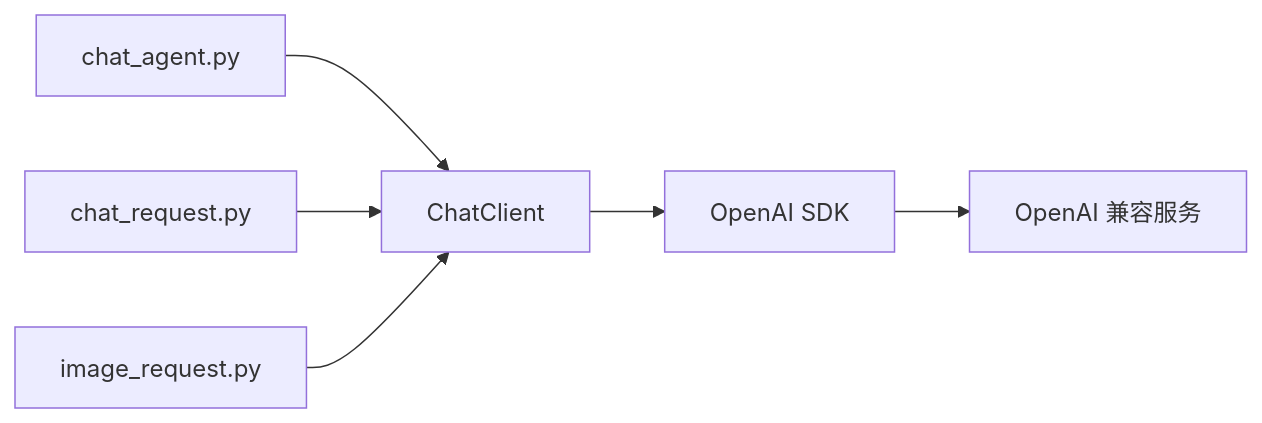
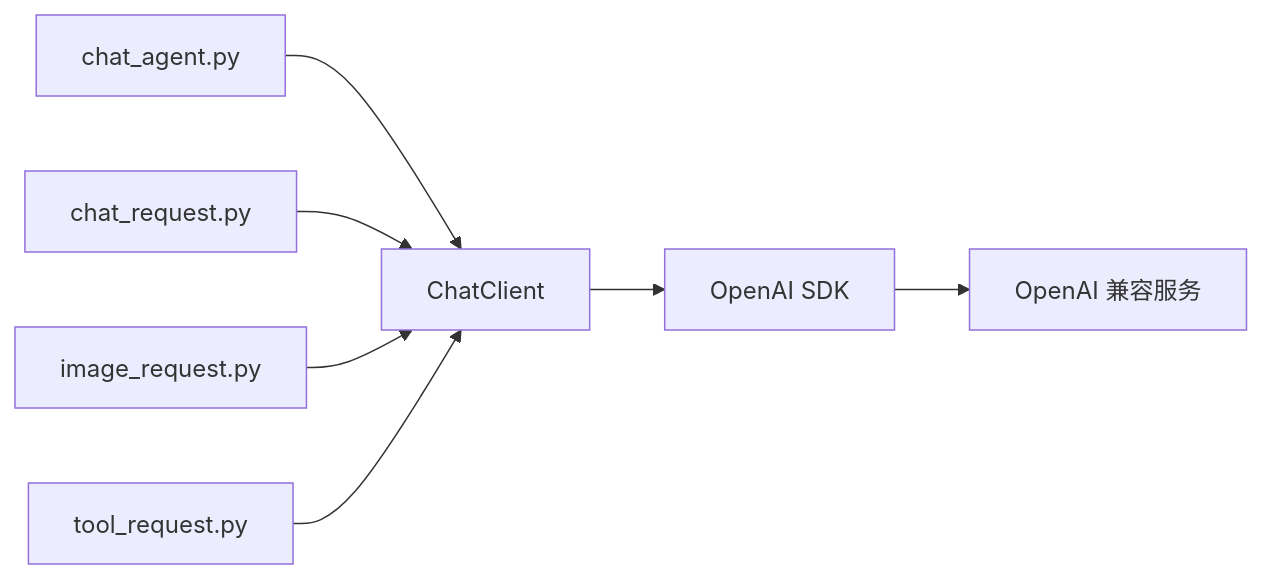
The diagram in README.md (IBNBlank/vllm_toys), drawn with Mermaid before and after one commit. The commit also changed other lines of this file and 20 other files, not shown here.

````diff
--- a/README.md
+++ b/README.md
@@ -35,8 +44,9 @@
 ```mermaid
 flowchart LR
     agent["chat_agent.py"] --> client["ChatClient"]
     text["chat_request.py"] --> client
     image["image_request.py"] --> client
+    tool["tool_request.py"] --> client
     client --> sdk["OpenAI SDK"]
     sdk --> server["OpenAI 兼容服务"]
 ```
````
